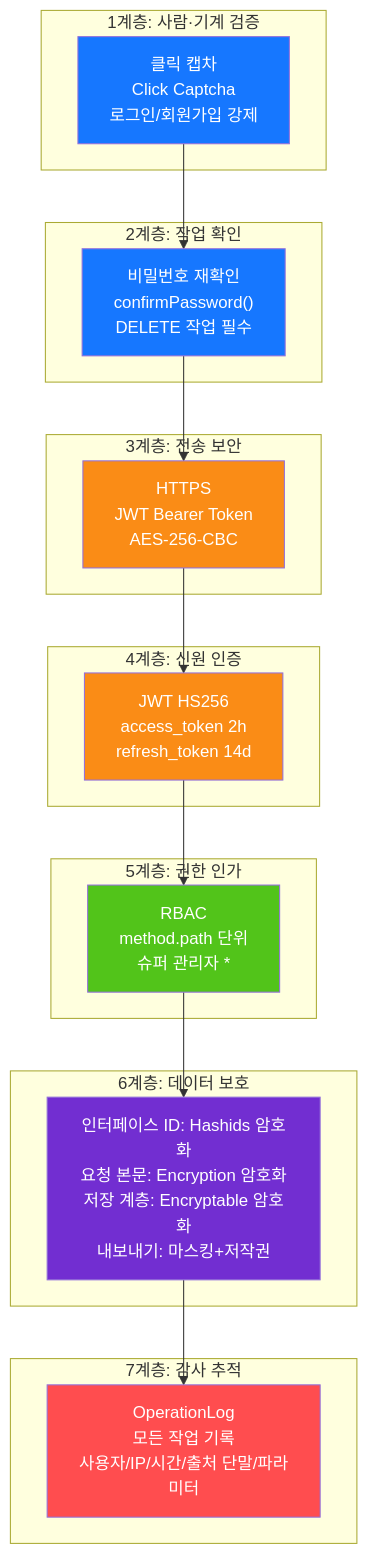
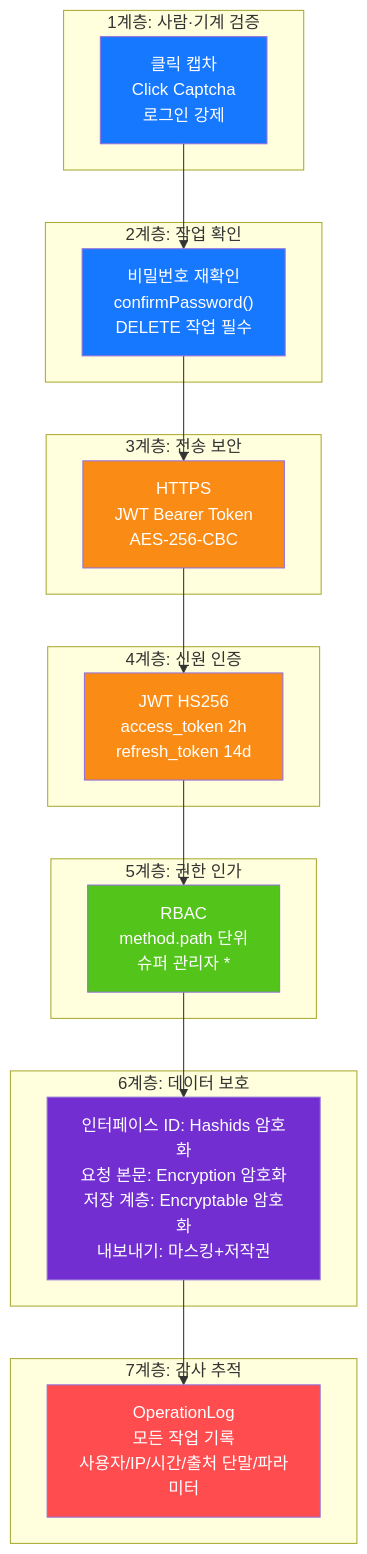
One commit to erikwang2013/open-admin changed diagram 13 of 14 in docs/ARCHITECTURE.ko.md. Above: the diagram before and after it, drawn with Mermaid. The commit also changed other lines of this file and 115 other files, not shown here.

First line of the commit message:
功能：新增项目宠物「小安」、站点首页与手写 SVG 设计图集；全部文档对齐代码

````diff
--- a/docs/ARCHITECTURE.ko.md
+++ b/docs/ARCHITECTURE.ko.md
@@ -607,40 +597,40 @@
 ```mermaid
 flowchart TB
     subgraph "1계층: 사람·기계 검증"
-        L1["클릭 캡차<br/>Click Captcha<br/>로그인/회원가입 강제"]
+        L1["클릭 캡차<br/>Click Captcha<br/>로그인 강제"]
     end
 
     subgraph "2계층: 작업 확인"
         L2["비밀번호 재확인<br/>confirmPassword()<br/>DELETE 작업 필수"]
     end
 
     subgraph "3계층: 전송 보안"
         L3["HTTPS<br/>JWT Bearer Token<br/>AES-256-CBC"]
     end
 
     subgraph "4계층: 신원 인증"
         L4["JWT HS256<br/>access_token 2h<br/>refresh_token 14d"]
     end
 
     subgraph "5계층: 권한 인가"
         L5["RBAC<br/>method.path 단위<br/>슈퍼 관리자 * "]
     end
 
     subgraph "6계층: 데이터 보호"
         L6["인터페이스 ID: Hashids 암호화<br/>요청 본문: Encryption 암호화<br/>저장 계층: Encryptable 암호화<br/>내보내기: 마스킹+저작권"]
     end
 
     subgraph "7계층: 감사 추적"
         L7["OperationLog<br/>모든 작업 기록<br/>사용자/IP/시간/출처 단말/파라미터"]
     end
 
     L1 --> L2 --> L3 --> L4 --> L5 --> L6 --> L7
 
     style L1 fill:#1677FF,color:#fff
     style L2 fill:#1677FF,color:#fff
     style L3 fill:#FA8C16,color:#fff
     style L4 fill:#FA8C16,color:#fff
     style L5 fill:#52C41A,color:#fff
     style L6 fill:#722ED1,color:#fff
     style L7 fill:#FF4D4F,color:#fff
 ```
````
